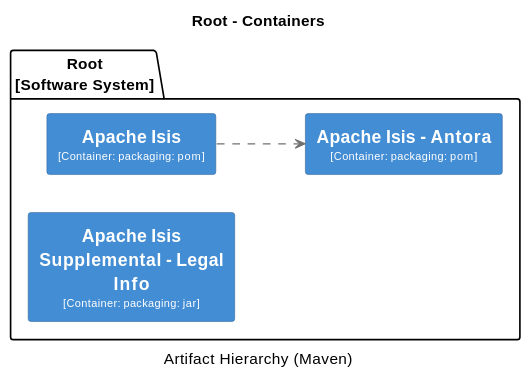
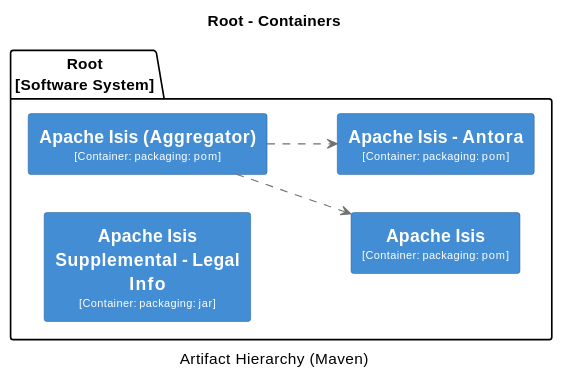
One commit to apache/causeway changed the fifth of 38 diagrams in core/adoc/modules/_overview/pages/about.adoc. Above: the diagram before and after it, drawn with PlantUML. The commit also changed other lines of this file and 75 other files, not shown here.

```diff
--- a/core/adoc/modules/_overview/pages/about.adoc
+++ b/core/adoc/modules/_overview/pages/about.adoc
@@ -1165,38 +1165,45 @@
 [plantuml,Root,svg]
 ----
 @startuml(id=Root)
 title Root - Containers
 caption Artifact Hierarchy (Maven)
 
 skinparam {
   shadowing false
   arrowFontSize 10
   defaultTextAlignment center
   wrapWidth 200
   maxMessageSize 100
 }
 hide stereotype
 left to right direction
 skinparam rectangle<<2>> {
   BackgroundColor #438dd5
   FontColor #fffffe
   BorderColor #2E6295
 }
 skinparam rectangle<<3>> {
   BackgroundColor #438dd5
   FontColor #fffffe
   BorderColor #2E6295
 }
 skinparam rectangle<<4>> {
   BackgroundColor #438dd5
   FontColor #fffffe
   BorderColor #2E6295
 }
+skinparam rectangle<<5>> {
+  BackgroundColor #438dd5
+  FontColor #fffffe
+  BorderColor #2E6295
+}
 package "Root\n[Software System]" {
-  rectangle "==Apache Isis\n<size:10>[Container: packaging: pom]</size>" <<2>> as 2
+  rectangle "==Apache Isis\n<size:10>[Container: packaging: pom]</size>" <<4>> as 4
+  rectangle "==Apache Isis (Aggregator)\n<size:10>[Container: packaging: pom]</size>" <<2>> as 2
   rectangle "==Apache Isis - Antora\n<size:10>[Container: packaging: pom]</size>" <<3>> as 3
-  rectangle "==Apache Isis Supplemental - Legal Info\n<size:10>[Container: packaging: jar]</size>" <<4>> as 4
+  rectangle "==Apache Isis Supplemental - Legal Info\n<size:10>[Container: packaging: jar]</size>" <<5>> as 5
 }
+2 .[#707070].> 4 : ""
 2 .[#707070].> 3 : ""
 @enduml
 ----
```
